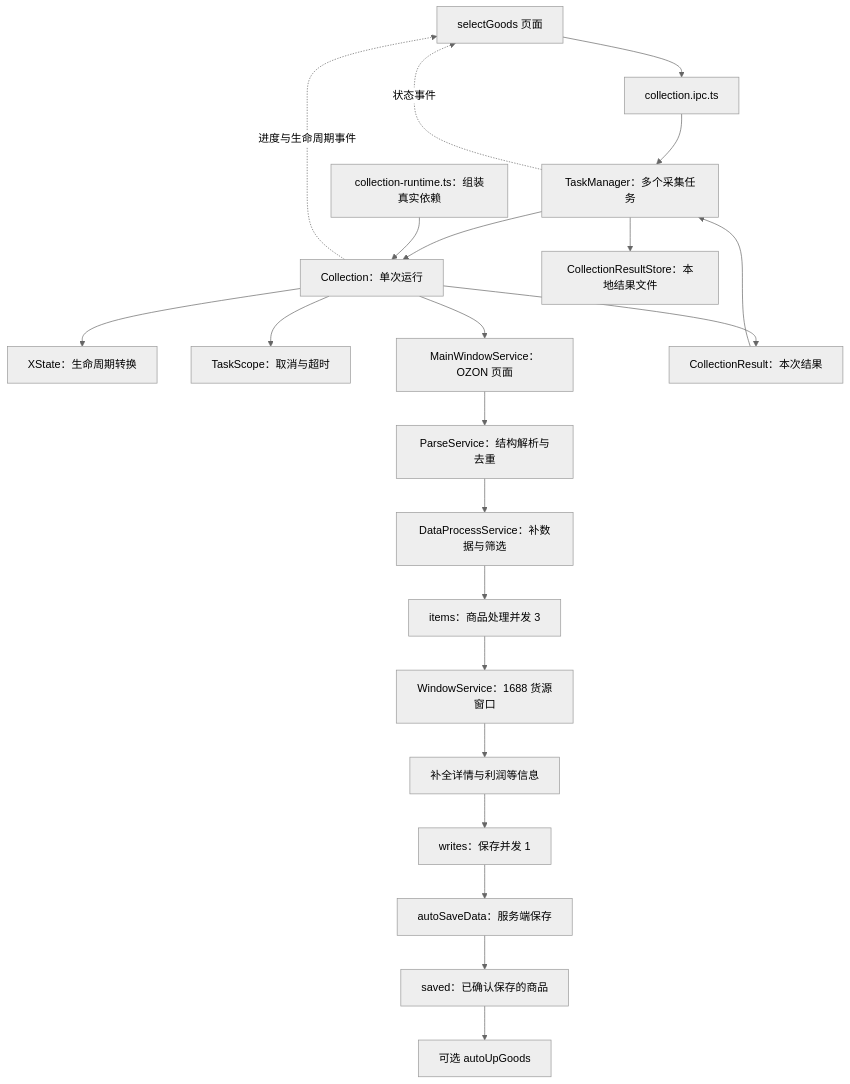
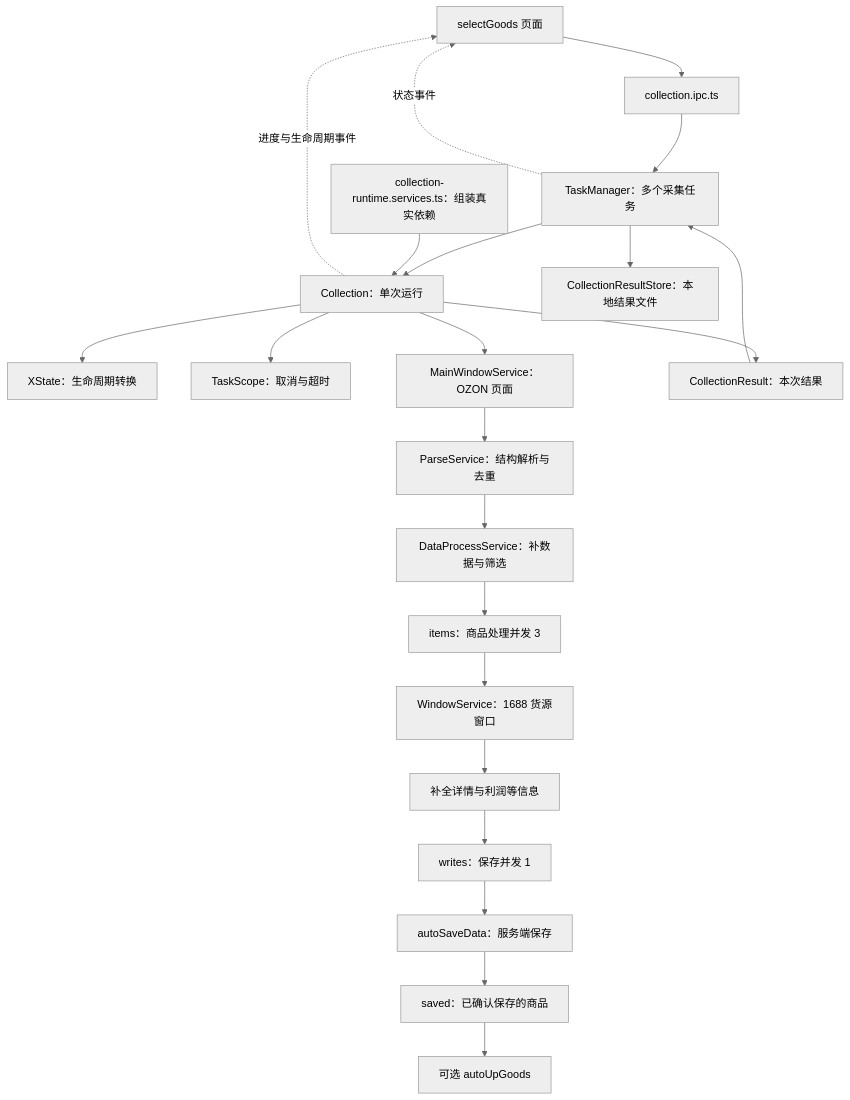
The first of 2 diagrams in electron/services/collection/README.md (q10050110/test-test), drawn with Mermaid (neutral theme) before and after one commit. The commit also changed other lines of this file and 56 other files, not shown here.

````diff
--- a/electron/services/collection/README.md
+++ b/electron/services/collection/README.md
@@ -19,24 +21,24 @@
 ```mermaid
 flowchart TD
     View[selectGoods 页面] --> IPC[collection.ipc.ts]
     IPC --> Manager[TaskManager：多个采集任务]
     Manager --> Collection[Collection：单次运行]
-    Runtime[collection-runtime.ts：组装真实依赖] --> Collection
+    Runtime[collection-runtime.services.ts：组装真实依赖] --> Collection
     Collection --> Machine[XState：生命周期转换]
     Collection --> Scope[TaskScope：取消与超时]
     Collection --> Main[MainWindowService：OZON 页面]
     Main --> Parse[ParseService：结构解析与去重]
     Parse --> Filter[DataProcessService：补数据与筛选]
     Filter --> Items[items：商品处理并发 3]
     Items --> Source[WindowService：1688 货源窗口]
     Source --> Detail[补全详情与利润等信息]
     Detail --> Writes[writes：保存并发 1]
     Writes --> Save[autoSaveData：服务端保存]
     Save --> Saved[saved：已确认保存的商品]
     Saved --> Upload[可选 autoUpGoods]
     Collection --> Result[CollectionResult：本次结果]
     Result --> Manager
     Manager --> Store[CollectionResultStore：本地结果文件]
     Collection -. 进度与生命周期事件 .-> View
     Manager -. 状态事件 .-> View
 ```
````
